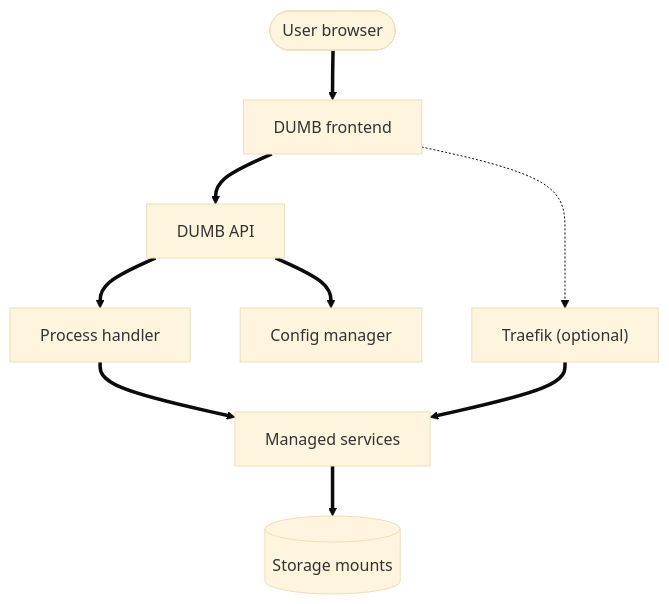
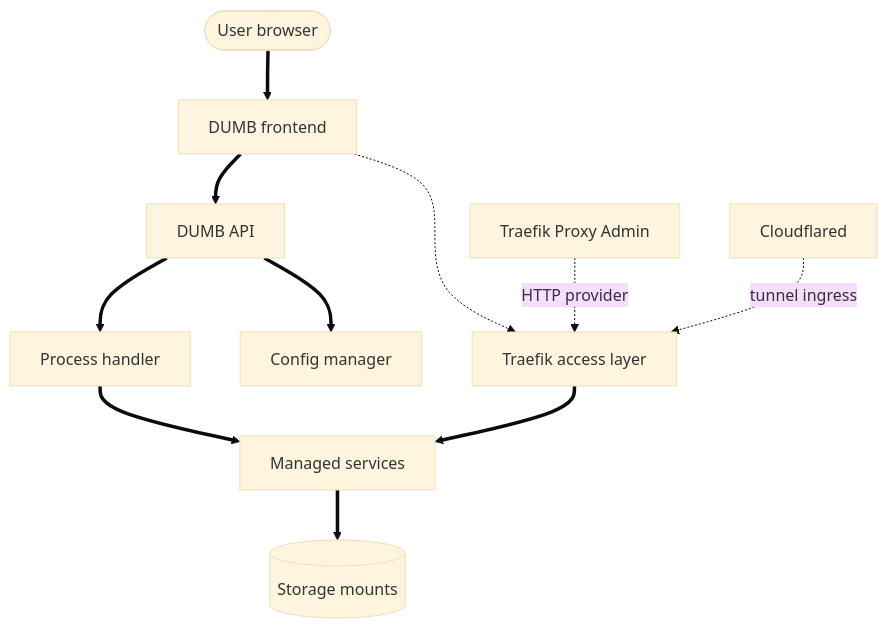
One commit to I-am-PUID-0/DUMB_docs changed the diagram in docs/architecture/index.md. Above: the diagram before and after it, drawn with Mermaid (base theme). The commit also changed other lines of this file and 33 other files, not shown here.

````diff
--- a/docs/architecture/index.md
+++ b/docs/architecture/index.md
@@ -16,21 +16,25 @@
 ```mermaid
 flowchart TD
     U([User browser])
     FE[DUMB frontend]
     API[DUMB API]
     PH[Process handler]
     CFG[Config manager]
     SVC[Managed services]
     VOLS[(Storage mounts)]
-    TR["Traefik (optional)"]
+    TR["Traefik access layer"]
+    TPA["Traefik Proxy Admin"]
+    CFD["Cloudflared"]
 
     U ==> FE
     FE ==> API
     API ==> PH
     API ==> CFG
     PH ==> SVC
     SVC ==> VOLS
     FE -.-> TR
     TR ==> SVC
+    TPA -. HTTP provider .-> TR
+    CFD -. tunnel ingress .-> TR
 
 ```
````
